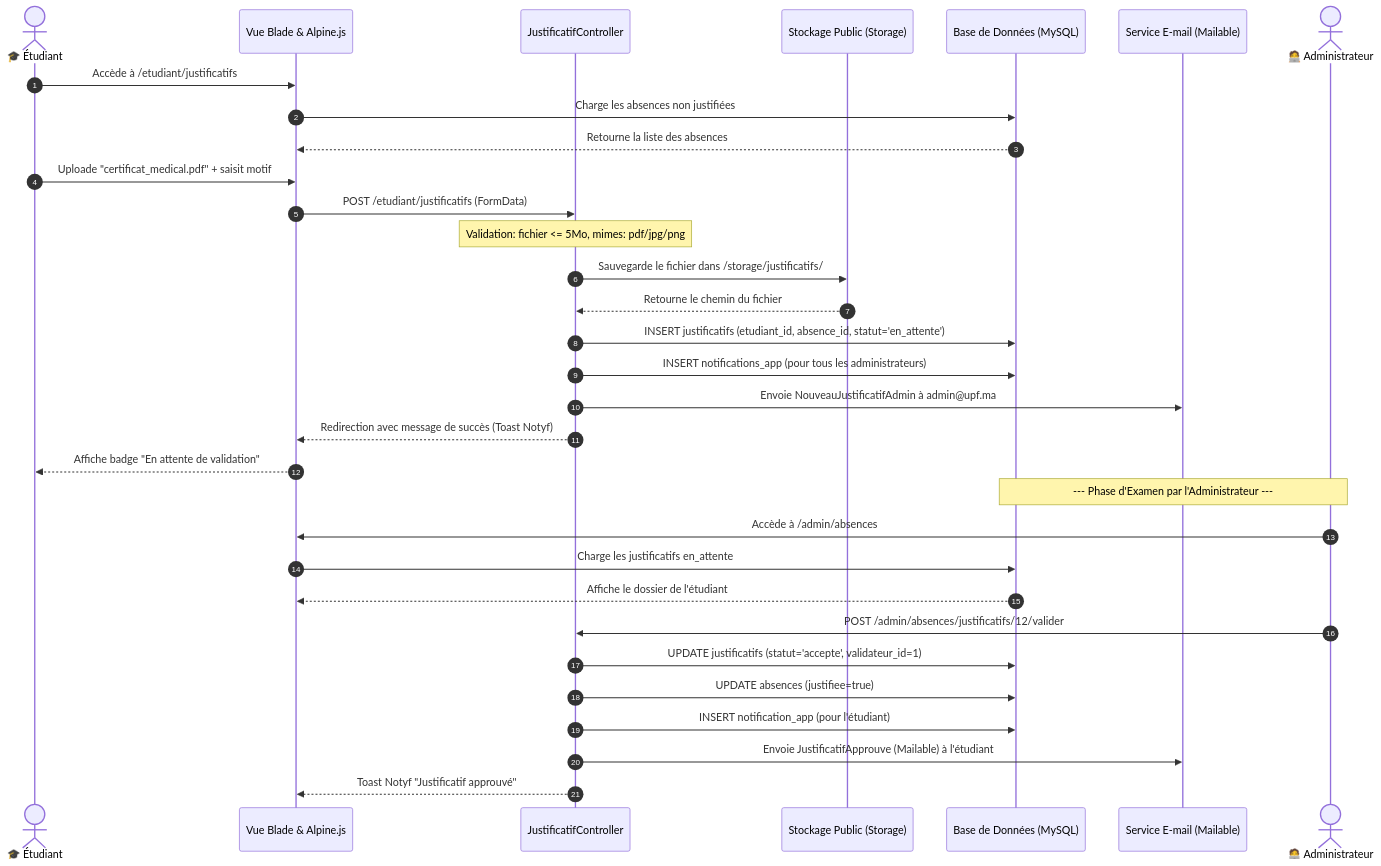
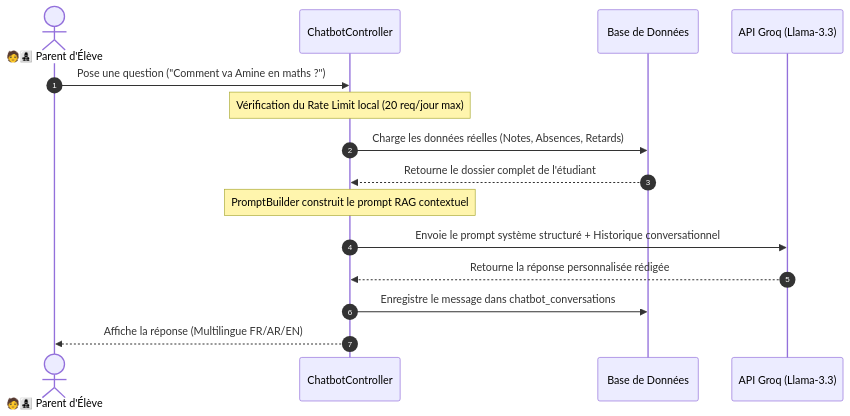
Before and after one commit to Amine-NAHLI/gestion-universitaire-upf: the third of 3 diagrams in rapport_technique_gestion_universitaire.md, drawn with Mermaid. The commit also changed other lines of this file and 11 other files, not shown here.

Commit message:
feat: implement reservation and demand controllers and update project documentation with system diagrams

````diff
--- a/rapport_technique_gestion_universitaire.md
+++ b/rapport_technique_gestion_universitaire.md
@@ -618,42 +595,18 @@
 ```mermaid
 sequenceDiagram
     autonumber
-    actor Etudiant as 🎓 Étudiant
-    participant UI as Vue Blade & Alpine.js
-    participant Ctrl as JustificatifController
-    participant Disk as Stockage Public (Storage)
-    participant BDD as Base de Données (MySQL)
-    participant Mail as Service E-mail (Mailable)
-    actor Admin as 🧑‍💻 Administrateur
+    actor Parent as 🧑‍👩‍👧‍👦 Parent d'Élève
+    participant Ctrl as ChatbotController
+    participant BDD as Base de Données
+    participant Groq as API Groq (Llama-3.3)
 
-    Etudiant->>UI: Accède à /etudiant/justificatifs
-    UI->>BDD: Charge les absences non justifiées
-    BDD-->>UI: Retourne la liste des absences
-    Etudiant->>UI: Uploade "certificat_medical.pdf" + saisit motif
-    UI->>Ctrl: POST /etudiant/justificatifs (FormData)
-    
-    note over Ctrl: Validation: fichier <= 5Mo, mimes: pdf/jpg/png
-    Ctrl->>Disk: Sauvegarde le fichier dans /storage/justificatifs/
-    Disk-->>Ctrl: Retourne le chemin du fichier
-    
-    Ctrl->>BDD: INSERT justificatifs (etudiant_id, absence_id, statut='en_attente')
-    
-    Ctrl->>BDD: INSERT notifications_app (pour tous les administrateurs)
-    Ctrl->>Mail: Envoie NouveauJustificatifAdmin à admin@upf.ma
-    
-    Ctrl-->>UI: Redirection avec message de succès (Toast Notyf)
-    UI-->>Etudiant: Affiche badge "En attente de validation"
-    
-    note over Admin, BDD: --- Phase d'Examen par l'Administrateur ---
-    Admin->>UI: Accède à /admin/absences
-    UI->>BDD: Charge les justificatifs en_attente
-    BDD-->>UI: Affiche le dossier de l'étudiant
-    Admin->>Ctrl: POST /admin/absences/justificatifs/12/valider
-    
-    Ctrl->>BDD: UPDATE justificatifs (statut='accepte', validateur_id=1)
-    Ctrl->>BDD: UPDATE absences (justifiee=true)
-    
-    Ctrl->>BDD: INSERT notification_app (pour l'étudiant)
-    Ctrl->>Mail: Envoie JustificatifApprouve (Mailable) à l'étudiant
-    Ctrl-->>UI: Toast Notyf "Justificatif approuvé"
+    Parent->>Ctrl: Pose une question ("Comment va Amine en maths ?")
+    note over Ctrl: Vérification du Rate Limit local (20 req/jour max)
+    Ctrl->>BDD: Charge les données réelles (Notes, Absences, Retards)
+    BDD-->>Ctrl: Retourne le dossier complet de l'étudiant
+    note over Ctrl: PromptBuilder construit le prompt RAG contextuel
+    Ctrl->>Groq: Envoie le prompt système structuré + Historique conversationnel
+    Groq-->>Ctrl: Retourne la réponse personnalisée rédigée
+    Ctrl->>BDD: Enregistre le message dans chatbot_conversations
+    Ctrl-->>Parent: Affiche la réponse (Multilingue FR/AR/EN)
 ```
````
